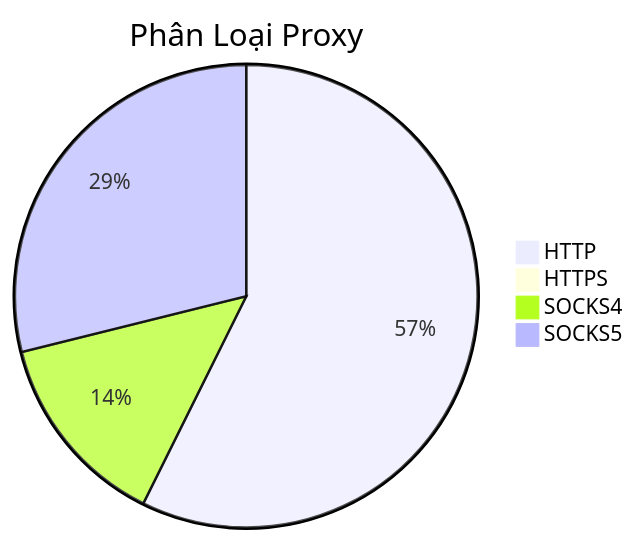
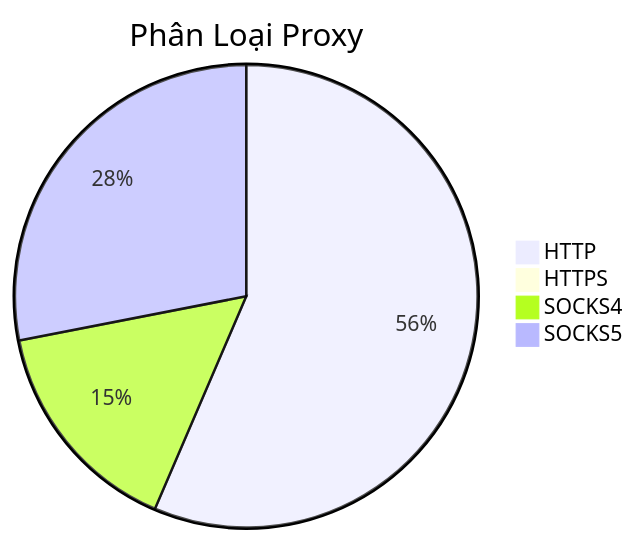
One commit to Ciara-12/PROXY-free changed the diagram in README.md. Above: the diagram before and after it, drawn with Mermaid. The commit also changed other lines of this file and 3 other files, not shown here.

````diff
--- a/README.md
+++ b/README.md
@@ -26,7 +26,7 @@
 ```mermaid
 pie title Phân Loại Proxy
-    "HTTP" : 1352
+    "HTTP" : 1412
     "HTTPS" : 0
-    "SOCKS4" : 325
-    "SOCKS5" : 681
+    "SOCKS4" : 387
+    "SOCKS5" : 702
 ```
````
